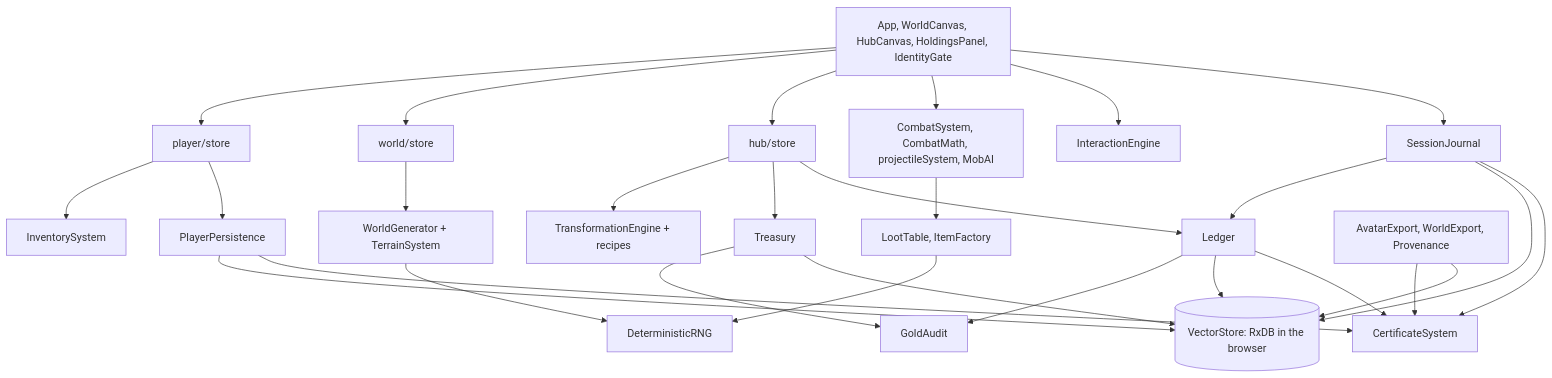
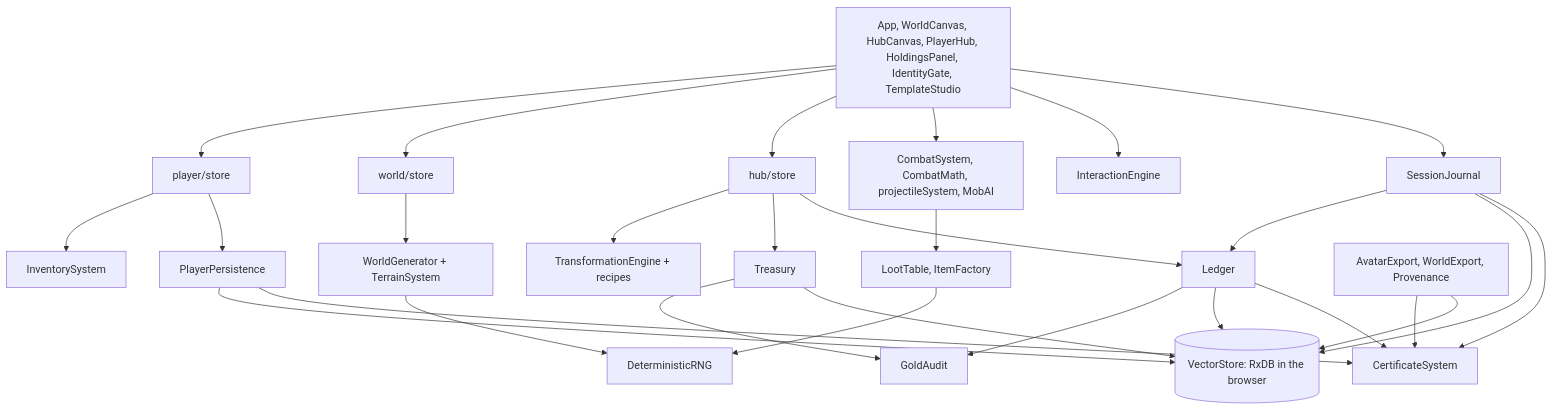
Before and after one commit to GepetoinTraining/world-seed-extraction-shooter: the diagram in HANDOVER.md, drawn with Mermaid. The commit also changed other lines of this file and 4 other files, not shown here.

````diff
--- a/HANDOVER.md
+++ b/HANDOVER.md
@@ -61,34 +63,34 @@
 ```mermaid
 flowchart TD
-  UI[App, WorldCanvas, HubCanvas, HoldingsPanel, IdentityGate]
+  UI[App, WorldCanvas, HubCanvas, PlayerHub, HoldingsPanel, IdentityGate, TemplateStudio]
   UI --> Player[player/store]
   UI --> World[world/store]
   UI --> Hub[hub/store]
 
   World --> Gen[WorldGenerator + TerrainSystem]
   Gen --> RNG[DeterministicRNG]
   UI --> Combat[CombatSystem, CombatMath, projectileSystem, MobAI]
   Combat --> Loot[LootTable, ItemFactory]
   Loot --> RNG
   Player --> Pack[InventorySystem]
   UI --> Interact[InteractionEngine]
 
   Hub --> Craft[TransformationEngine + recipes]
   Hub --> Treasury
   Player --> Persist[PlayerPersistence]
   UI --> Journal[SessionJournal]
   Hub --> Ledger
   Journal --> Ledger
   Treasury --> Audit[GoldAudit]
   Ledger --> Audit
 
   Persist --> Store[(VectorStore: RxDB in the browser)]
   Ledger --> Store
   Journal --> Store
   Treasury --> Store
   Persist --> Cert[CertificateSystem]
   Ledger --> Cert
   Journal --> Cert
   Backup[AvatarExport, WorldExport, Provenance] --> Cert
   Backup --> Store
 ```
````
